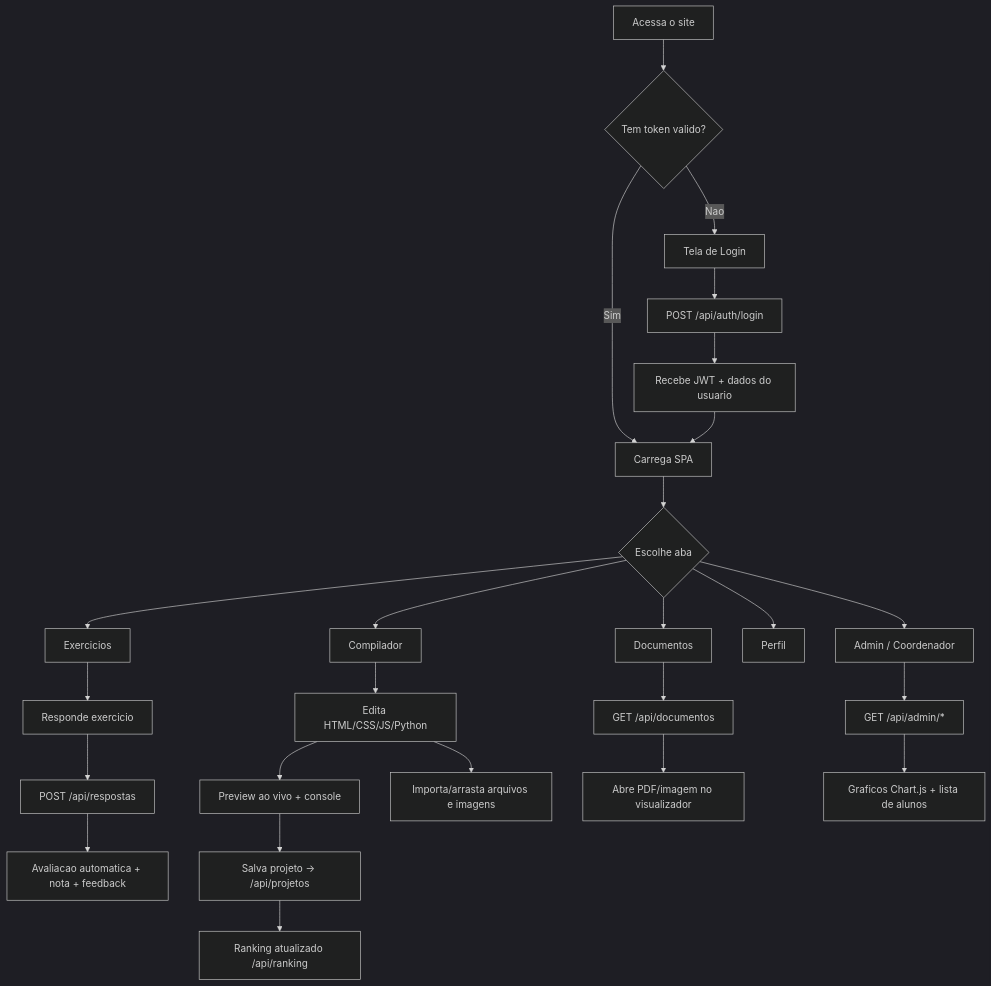
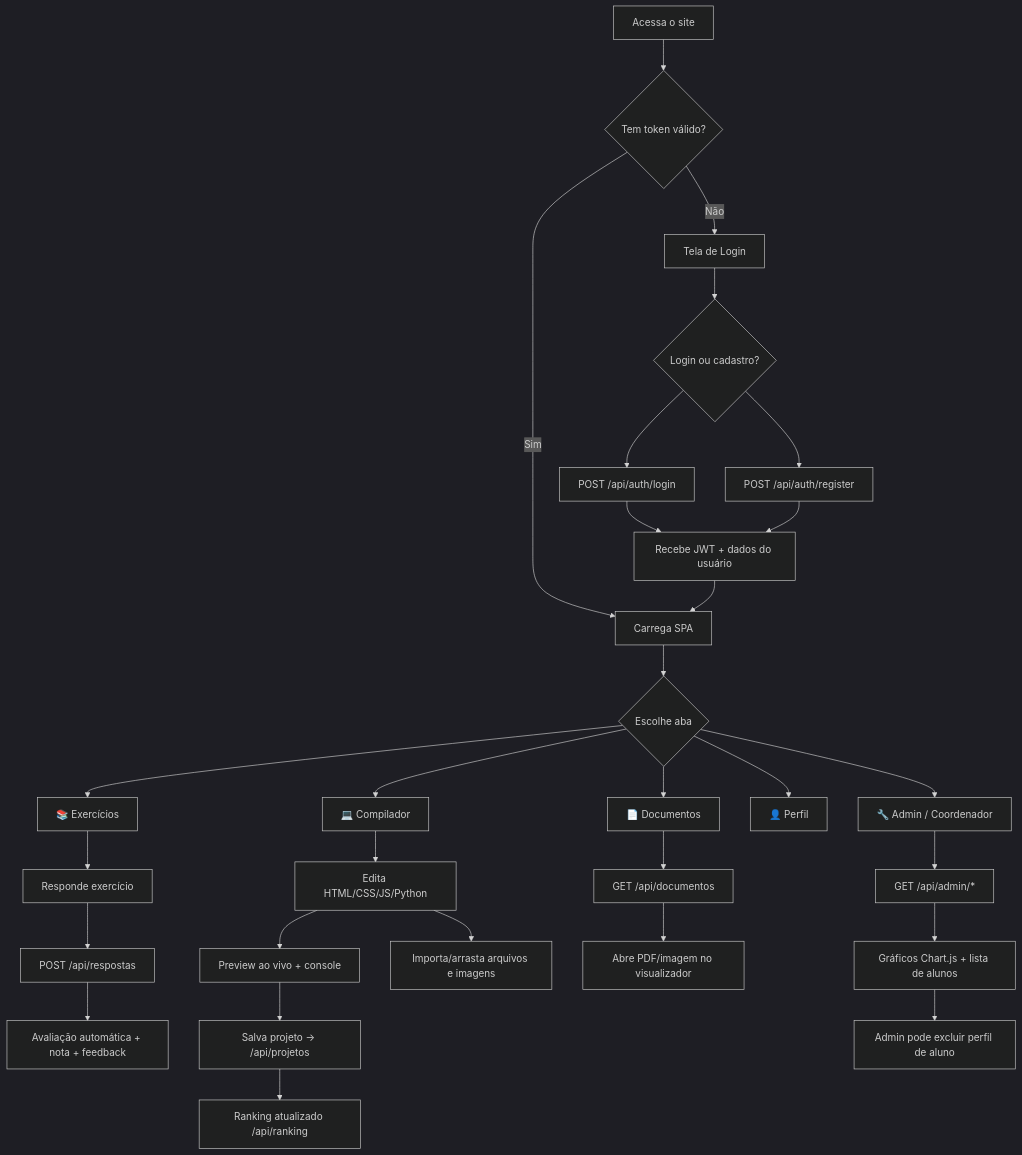
The first of 2 diagrams in README.md (dansfisica85/adsanhanguera), drawn with Mermaid (dark theme) before and after one commit. The commit also changed other lines of this file, not shown here.

````diff
--- a/README.md
+++ b/README.md
@@ -122,26 +248,36 @@
 ```mermaid
 flowchart TD
-    A[Acessa o site] --> B{Tem token valido?}
-    B -- Nao --> C[Tela de Login]
-    C --> D[POST /api/auth/login]
-    D --> E[Recebe JWT + dados do usuario]
+    A[Acessa o site] --> B{Tem token válido?}
+    B -- Não --> C[Tela de Login]
+    C --> C1{Login ou cadastro?}
+    C1 --> D[POST /api/auth/login]
+    C1 --> D1[POST /api/auth/register]
+    D --> E[Recebe JWT + dados do usuário]
+    D1 --> E
     B -- Sim --> F[Carrega SPA]
-    E --> F[Carrega SPA]
+    E --> F
+
     F --> G{Escolhe aba}
-    G --> H[Exercicios]
-    G --> I[Compilador]
-    G --> J[Documentos]
-    G --> K[Perfil]
-    G --> L[Admin / Coordenador]
+    G --> H[📚 Exercícios]
+    G --> I[💻 Compilador]
+    G --> J[📄 Documentos]
+    G --> K[👤 Perfil]
+    G --> L[🔧 Admin / Coordenador]
 
-    H --> H1[Responde exercicio] --> H2[POST /api/respostas] --> H3[Avaliacao automatica + nota + feedback]
+    H --> H1[Responde exercício]
+    H1 --> H2[POST /api/respostas]
+    H2 --> H3[Avaliação automática + nota + feedback]
 
-    I --> I1[Edita HTML/CSS/JS/Python] --> I2[Preview ao vivo + console]
+    I --> I1[Edita HTML/CSS/JS/Python]
+    I1 --> I2[Preview ao vivo + console]
     I1 --> I3[Importa/arrasta arquivos e imagens]
-    I2 --> I4[Salva projeto -> /api/projetos]
+    I2 --> I4[Salva projeto → /api/projetos]
     I4 --> I5[Ranking atualizado /api/ranking]
 
-    J --> J1[GET /api/documentos] --> J2[Abre PDF/imagem no visualizador]
+    J --> J1[GET /api/documentos]
+    J1 --> J2[Abre PDF/imagem no visualizador]
 
-    L --> L1[GET /api/admin/*] --> L2[Graficos Chart.js + lista de alunos]
+    L --> L1[GET /api/admin/*]
+    L1 --> L2[Gráficos Chart.js + lista de alunos]
+    L2 --> L3[Admin pode excluir perfil de aluno]
 ```
````
